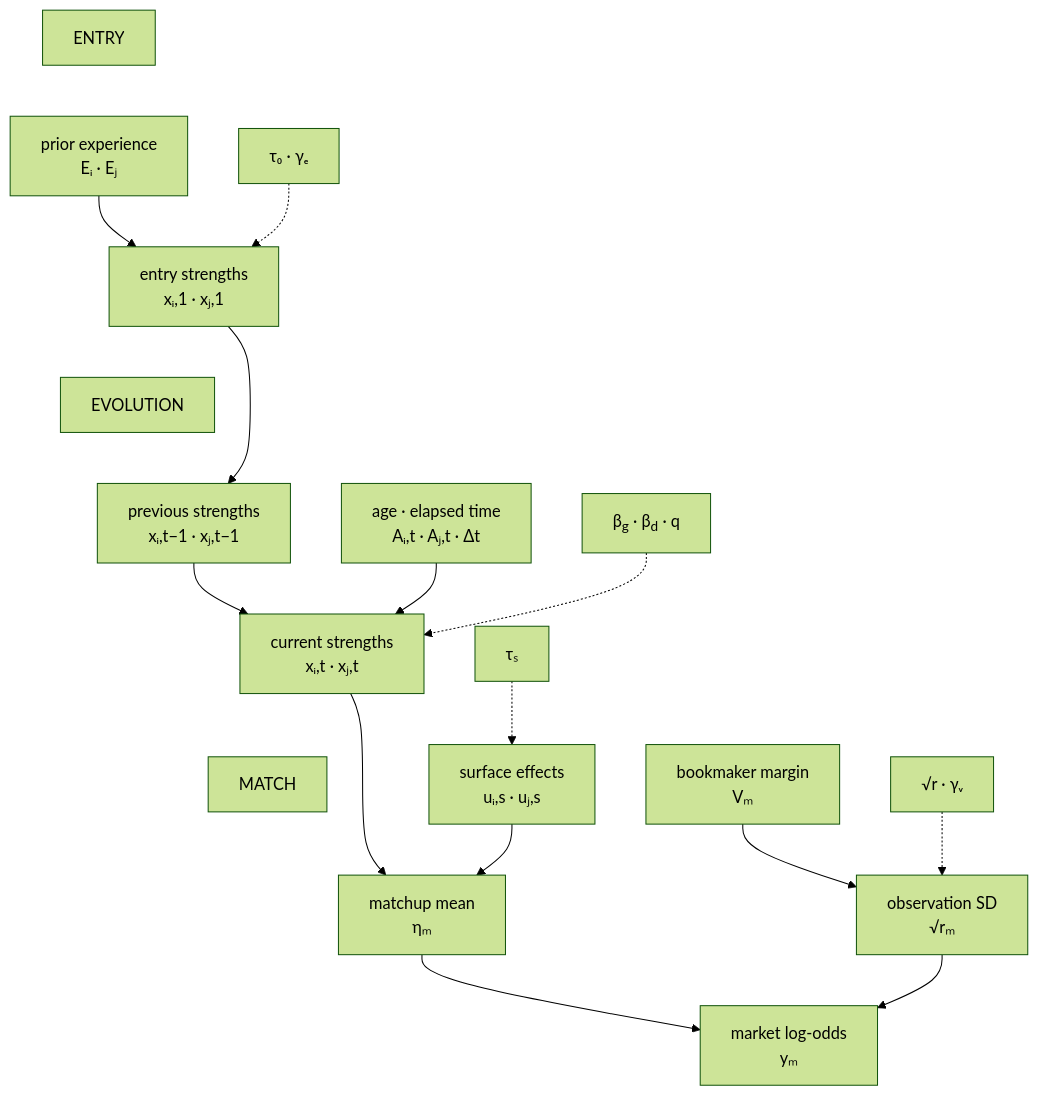
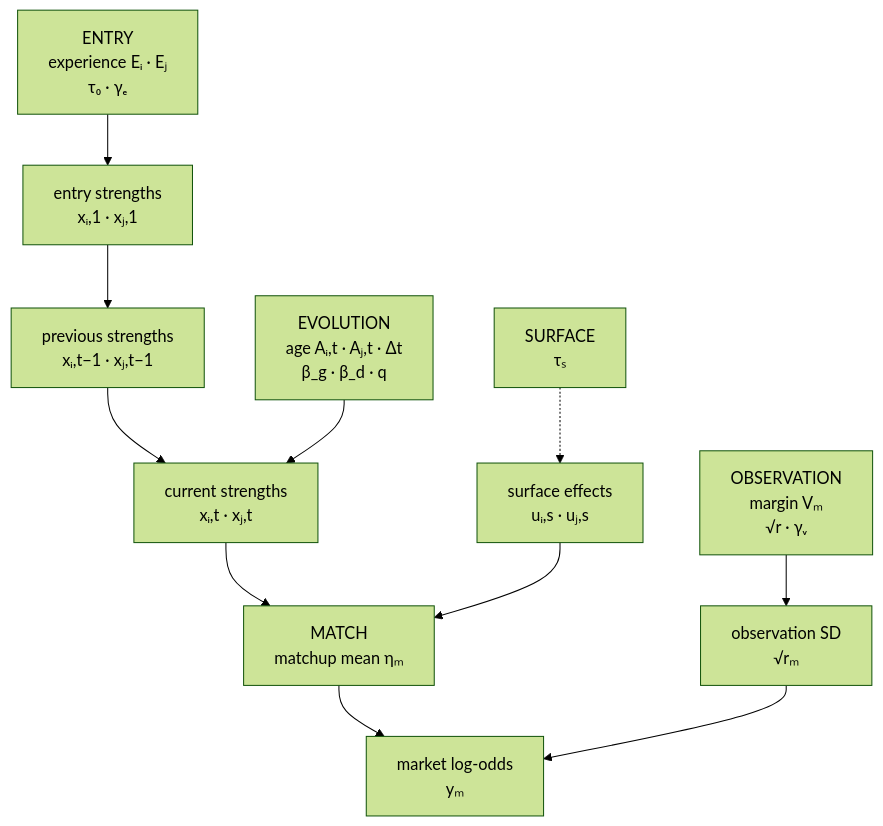
Before and after one commit to spazznolo/spazznolo.github.io: the diagram in tennis/model/index.qmd, drawn with Mermaid (forest theme). The commit also changed 1 other file, not shown here.

Commit message:
Fix WTA diagram rendering

````diff
--- a/tennis/model/index.qmd
+++ b/tennis/model/index.qmd
@@ -90,28 +90,17 @@
 ```{mermaid}
 flowchart TB
-  entry_stage["ENTRY"] ~~~ experience["prior experience<br/>Eᵢ · Eⱼ"]
-  experience --> initial["entry strengths<br/>xᵢ,1 · xⱼ,1"]
-  entry_parameters["τ₀ · γₑ"] -.-> initial
+  entry["ENTRY<br/>experience Eᵢ · Eⱼ<br/>τ₀ · γₑ"] --> initial["entry strengths<br/>xᵢ,1 · xⱼ,1"]
+  initial --> history["previous strengths<br/>xᵢ,t−1 · xⱼ,t−1"]
+  history --> strength["current strengths<br/>xᵢ,t · xⱼ,t"]
+  evolution["EVOLUTION<br/>age Aᵢ,t · Aⱼ,t · Δt<br/>β_g · β_d · q"] --> strength
 
-  initial ~~~ evolution_stage["EVOLUTION"]
-  evolution_stage ~~~ history["previous strengths<br/>xᵢ,t−1 · xⱼ,t−1"]
-  initial --> history
-  history --> strength["current strengths<br/>xᵢ,t · xⱼ,t"]
-  age["age · elapsed time<br/>Aᵢ,t · Aⱼ,t · Δt"] --> strength
-  drift_parameters["β<sub>g</sub> · β<sub>d</sub> · q"] -.-> strength
-
-  strength ~~~ match_stage["MATCH"]
-  match_stage ~~~ matchup["matchup mean<br/>ηₘ"]
-  strength --> matchup
+  strength --> matchup["MATCH<br/>matchup mean ηₘ"]
   effects["surface effects<br/>uᵢ,s · uⱼ,s"] --> matchup
-  surface_parameter["τₛ"] -.-> effects
+  surface["SURFACE<br/>τₛ"] -.-> effects
 
   matchup --> price["market log-odds<br/>yₘ"]
-  margin["bookmaker margin<br/>Vₘ"] --> noise["observation SD<br/>√rₘ"]
-  observation_parameters["√r · γᵥ"] -.-> noise
+  observation["OBSERVATION<br/>margin Vₘ<br/>√r · γᵥ"] --> noise["observation SD<br/>√rₘ"]
   noise --> price
 
-  class entry_stage,evolution_stage,match_stage phase
-  class experience,age,margin observed
-  class entry_parameters,drift_parameters,surface_parameter,observation_parameters parameter
+  class entry,evolution,surface,observation phase
 ```
````
